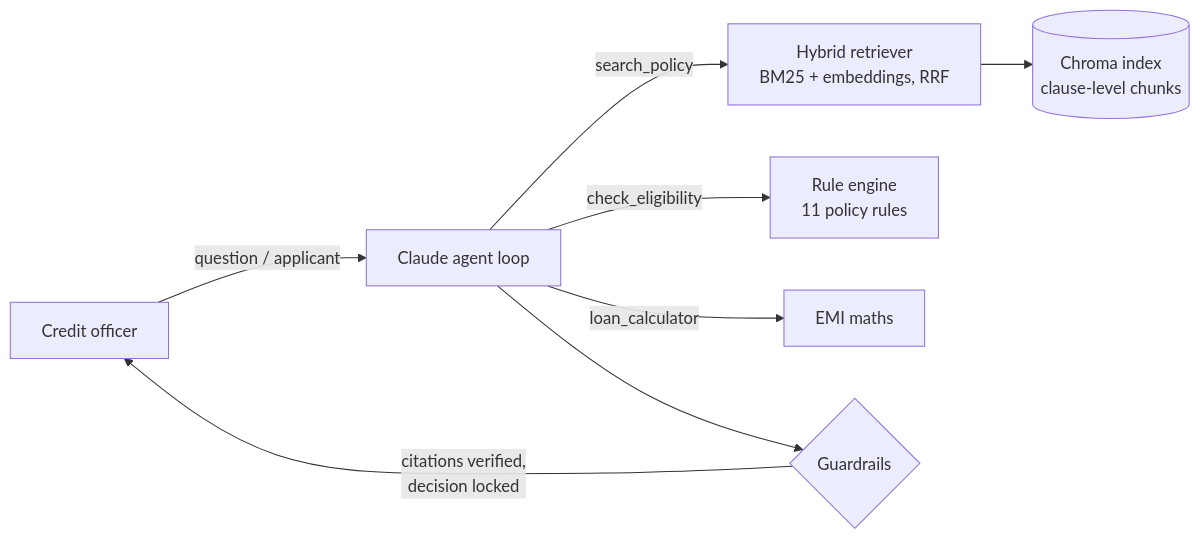
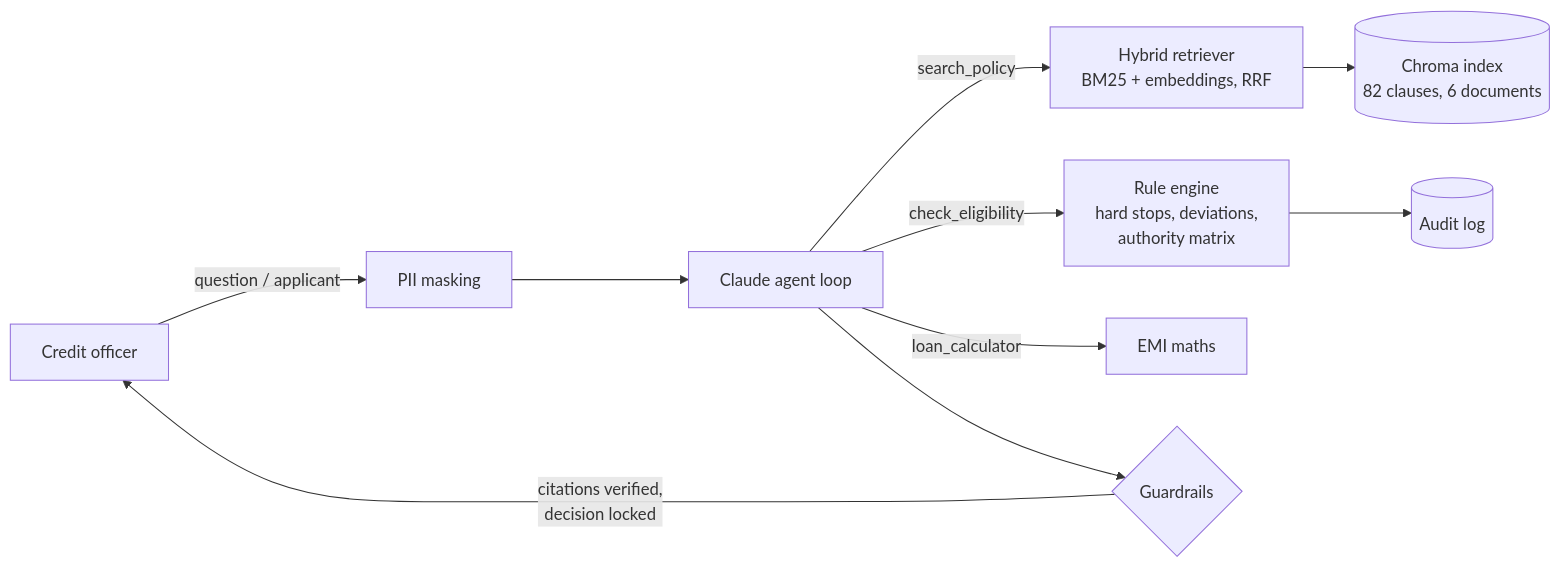
The diagram in README.md (yash9518/lending-policy-rag), drawn with Mermaid before and after one commit. The commit also changed other lines of this file and 28 other files, not shown here.

````diff
--- a/README.md
+++ b/README.md
@@ -5,10 +9,12 @@
 ```mermaid
 flowchart LR
-    U[Credit officer] -->|question / applicant| A[Claude agent loop]
+    U[Credit officer] -->|question / applicant| P[PII masking]
+    P --> A[Claude agent loop]
     A -->|search_policy| R[Hybrid retriever<br/>BM25 + embeddings, RRF]
-    R --> V[(Chroma index<br/>clause-level chunks)]
-    A -->|check_eligibility| E[Rule engine<br/>11 policy rules]
+    R --> V[(Chroma index<br/>82 clauses, 6 documents)]
+    A -->|check_eligibility| E[Rule engine<br/>hard stops, deviations,<br/>authority matrix]
     A -->|loan_calculator| C[EMI maths]
+    E --> L[(Audit log)]
     A --> G{Guardrails}
     G -->|citations verified,<br/>decision locked| U
 ```
````
